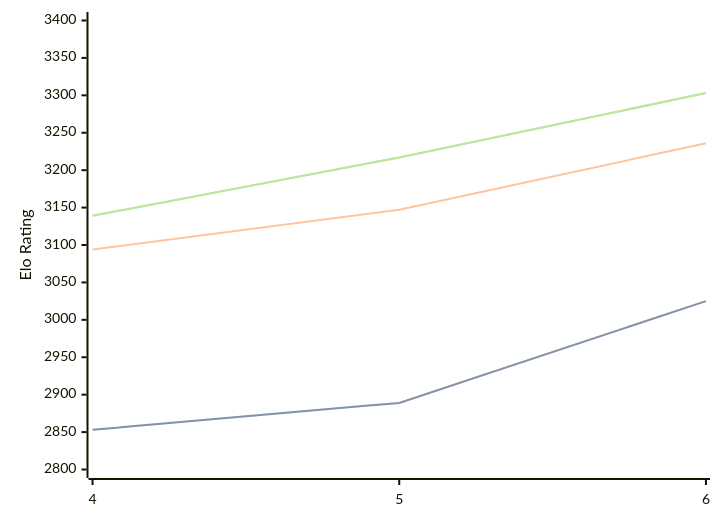
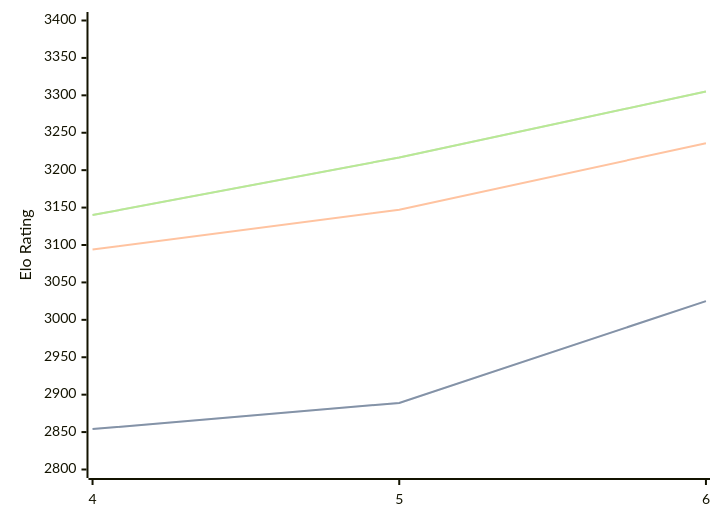
Before and after one commit to computer-chess-index/cci: the diagram in engines/Cwtch.md, drawn with Mermaid. The commit also changed other lines of this file, not shown here.

Commit message:
Update CCI Ratings (ELO VLTC) - 2026-10-08

````diff
--- a/engines/Cwtch.md
+++ b/engines/Cwtch.md
@@ -34,11 +34,11 @@
 ```mermaid
 %%{init: {"theme":"base","themeVariables":{"seriesColors:['#a3a3a3','#222221','#faa371']}}}%%
 xychart-beta
   x-axis ["4", "5", "6"]
   y-axis "Elo Rating" 2800 --> 3400
-  line "" [2853, 2889, 3025]
-  line "STC (8.0+0.08s)" [2853, 2889, 3025]
+  line "" [2854, 2889, 3025]
+  line "STC (8.0+0.08s)" [2854, 2889, 3025]
   line "LTC (60.0+0.60s)" [3094, 3147, 3236]
-  line "" [3139, 3217, 3303]
-  line "VLTC (2m24s+1.12s)" [3139, 3217, 3303]
+  line "" [3140, 3217, 3305]
+  line "VLTC (2m24s+1.12s)" [3140, 3217, 3305]
 ```
````
